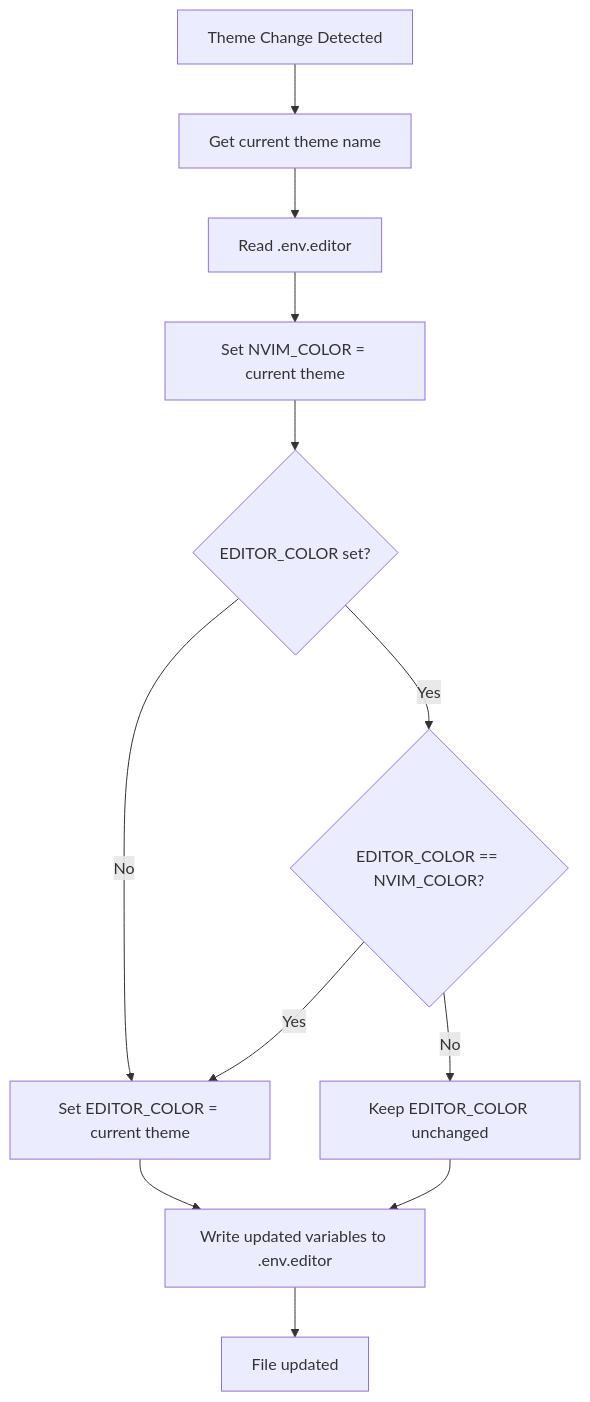
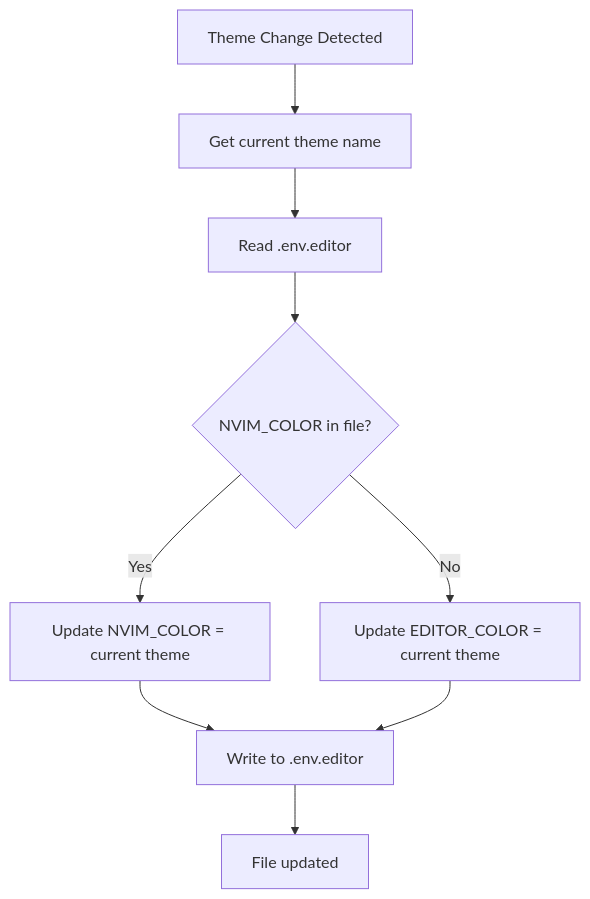
One commit to rektide/color-persist-nvim changed the second of 2 diagrams in README.md. Above: the diagram before and after it, drawn with Mermaid. The commit also changed other lines of this file and 1 other file, not shown here.

````diff
--- a/README.md
+++ b/README.md
@@ -68,14 +68,11 @@
 ```mermaid
 flowchart TD
     A[Theme Change Detected] --> B[Get current theme name]
     B --> C[Read .env.editor]
-    C --> D[Set NVIM_COLOR = current theme]
-    D --> E{EDITOR_COLOR set?}
-    E -->|No| F[Set EDITOR_COLOR = current theme]
-    E -->|Yes| G{EDITOR_COLOR == NVIM_COLOR?}
-    G -->|Yes| F
-    G -->|No| H[Keep EDITOR_COLOR unchanged]
-    F --> I[Write updated variables to .env.editor]
-    H --> I
-    I --> J[File updated]
+    C --> D{NVIM_COLOR in file?}
+    D -->|Yes| E[Update NVIM_COLOR = current theme]
+    D -->|No| F[Update EDITOR_COLOR = current theme]
+    E --> G[Write to .env.editor]
+    F --> G
+    G --> H[File updated]
 ```
````
